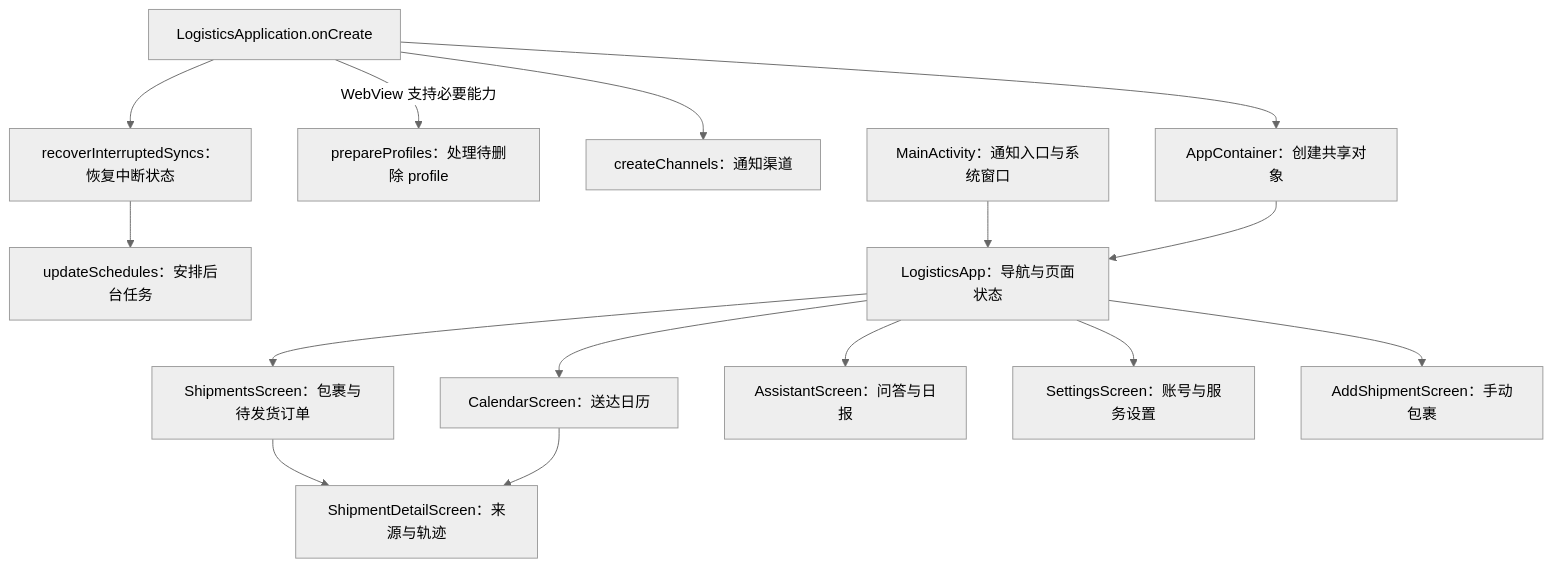
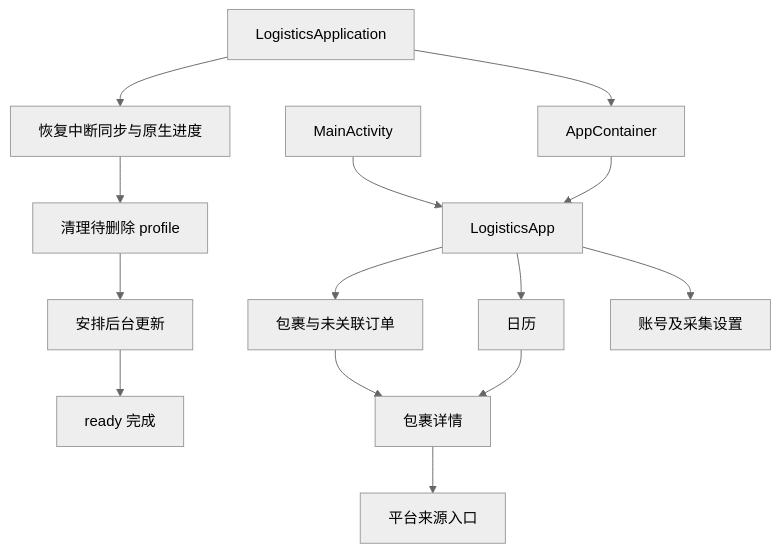
Before and after one commit to 73mtq/logistics-management: the first of 4 diagrams in docs/project-map.md, drawn with Mermaid (neutral theme). The commit also changed other lines of this file and 79 other files, not shown here.

````diff
--- a/docs/project-map.md
+++ b/docs/project-map.md
@@ -7,17 +9,16 @@
 ```mermaid
 flowchart TD
-    Application["LogisticsApplication.onCreate"] --> Container["AppContainer：创建共享对象"]
-    Application -->|WebView 支持必要能力| Profiles["prepareProfiles：处理待删除 profile"]
-    Application --> Channels["createChannels：通知渠道"]
-    Application --> Recover["recoverInterruptedSyncs：恢复中断状态"]
-    Recover --> Schedules["updateSchedules：安排后台任务"]
-    Activity["MainActivity：通知入口与系统窗口"] --> App["LogisticsApp：导航与页面状态"]
-    Container --> App
-    App --> List["ShipmentsScreen：包裹与待发货订单"]
-    App --> Calendar["CalendarScreen：送达日历"]
-    App --> Assistant["AssistantScreen：问答与日报"]
-    App --> Settings["SettingsScreen：账号与服务设置"]
-    List --> Detail["ShipmentDetailScreen：来源与轨迹"]
+    Application[LogisticsApplication] --> Container[AppContainer]
+    Application --> Recovery[恢复中断同步与原生进度]
+    Recovery --> Profiles[清理待删除 profile]
+    Profiles --> Schedules[安排后台更新]
+    Schedules --> Ready[ready 完成]
+    Activity[MainActivity] --> UI[LogisticsApp]
+    Container --> UI
+    UI --> Shipments[包裹与未关联订单]
+    UI --> Calendar[日历]
+    UI --> Settings[账号及采集设置]
+    Shipments --> Detail[包裹详情]
     Calendar --> Detail
-    App --> Add["AddShipmentScreen：手动包裹"]
+    Detail --> Source[平台来源入口]
 ```
````
